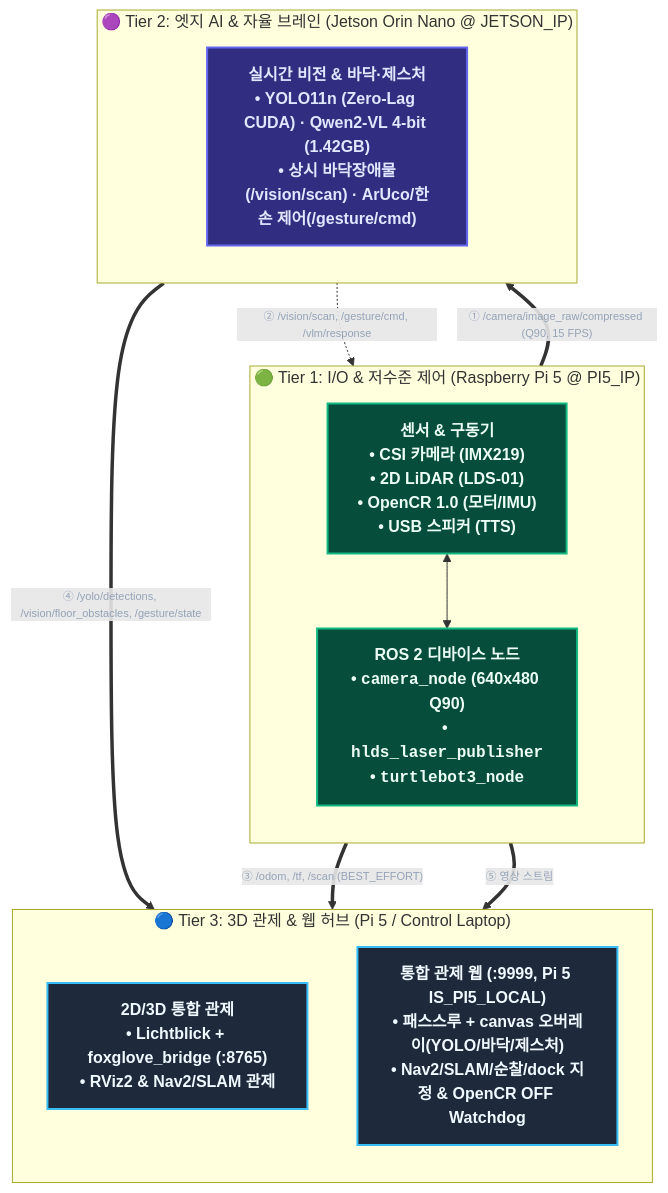
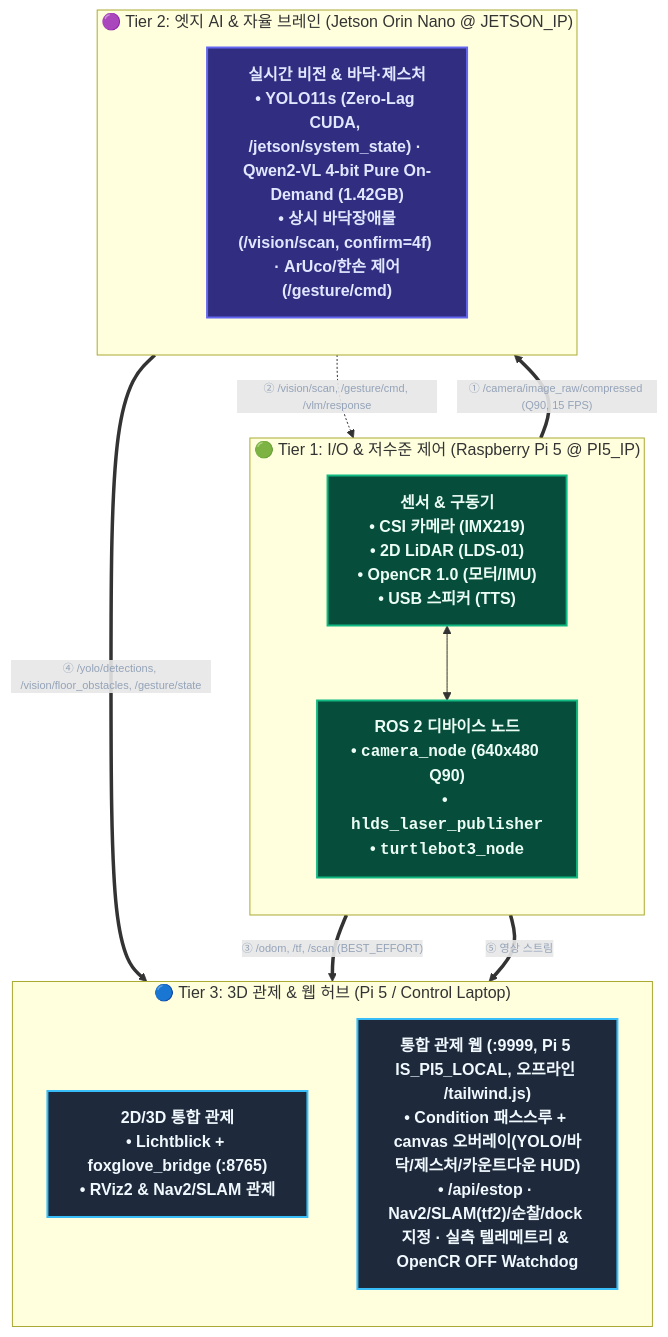
Before and after one commit to woongzun999-debug/ros2_JTA: the first of 2 diagrams in docs/1_master/master_specification.md, drawn with Mermaid. The commit also changed other lines of this file and 32 other files, not shown here.

````diff
--- a/docs/1_master/master_specification.md
+++ b/docs/1_master/master_specification.md
@@ -44,33 +46,33 @@
 ```mermaid
 flowchart TB
     %% 글로벌 테마 스타일링
     classDef t1 fill:#064e3b,stroke:#10b981,stroke-width:2px,color:#ecfdf5,font-weight:bold;
     classDef t2 fill:#312e81,stroke:#6366f1,stroke-width:2px,color:#e0e7ff,font-weight:bold;
     classDef t3 fill:#1e293b,stroke:#38bdf8,stroke-width:2px,color:#f0f9ff,font-weight:bold;
     classDef edgeLabel font-size:11px,color:#94a3b8;
 
     subgraph Tier1["🟢 Tier 1: I/O & 저수준 제어 (Raspberry Pi 5 @ PI5_IP)"]
         direction TB
         T1_Dev["<b>센서 & 구동기</b><br>• CSI 카메라 (IMX219)<br>• 2D LiDAR (LDS-01)<br>• OpenCR 1.0 (모터/IMU)<br>• USB 스피커 (TTS)"]:::t1
         T1_ROS["<b>ROS 2 디바이스 노드</b><br>• <code>camera_node</code> (640x480 Q90)<br>• <code>hlds_laser_publisher</code><br>• <code>turtlebot3_node</code>"]:::t1
         T1_Dev <--> T1_ROS
     end
 
     subgraph Tier2["🟣 Tier 2: 엣지 AI & 자율 브레인 (Jetson Orin Nano @ JETSON_IP)"]
         direction TB
-        T2_YOLO["<b>실시간 비전 & 바닥·제스처</b><br>• YOLO11n (Zero-Lag CUDA) · Qwen2-VL 4-bit (1.42GB)<br>• 상시 바닥장애물(/vision/scan) · ArUco/한손 제어(/gesture/cmd)"]:::t2
+        T2_YOLO["<b>실시간 비전 & 바닥·제스처</b><br>• YOLO11s (Zero-Lag CUDA, /jetson/system_state) · Qwen2-VL 4-bit Pure On-Demand (1.42GB)<br>• 상시 바닥장애물(/vision/scan, confirm=4f) · ArUco/한손 제어(/gesture/cmd)"]:::t2
     end
 
     subgraph Tier3["🔵 Tier 3: 3D 관제 & 웹 허브 (Pi 5 / Control Laptop)"]
         direction TB
         T3_RViz["<b>2D/3D 통합 관제</b><br>• Lichtblick + foxglove_bridge (:8765)<br>• RViz2 & Nav2/SLAM 관제"]:::t3
-        T3_Web["<b>통합 관제 웹 (:9999, Pi 5 IS_PI5_LOCAL)</b><br>• 패스스루 + canvas 오버레이(YOLO/바닥/제스처)<br>• Nav2/SLAM/순찰/dock 지정 & OpenCR OFF Watchdog"]:::t3
+        T3_Web["<b>통합 관제 웹 (:9999, Pi 5 IS_PI5_LOCAL, 오프라인 /tailwind.js)</b><br>• Condition 패스스루 + canvas 오버레이(YOLO/바닥/제스처/카운트다운 HUD)<br>• /api/estop · Nav2/SLAM(tf2)/순찰/dock 지정 · 실측 텔레메트리 & OpenCR OFF Watchdog"]:::t3
     end
 
     %% 고속 분산 통신 (CycloneDDS Unicast DOMAIN=30)
     T1_ROS ==>|"① /camera/image_raw/compressed (Q90, 15 FPS)"| T2_YOLO
     T2_YOLO -.->|"② /vision/scan, /gesture/cmd, /vlm/response"| T1_ROS
     T1_ROS ==>|"③ /odom, /tf, /scan (BEST_EFFORT)"| T3_RViz
     T2_YOLO ==>|"④ /yolo/detections, /vision/floor_obstacles, /gesture/state"| T3_Web
     T1_ROS ==>|"⑤ 영상 스트림"| T3_Web
 ```
````
